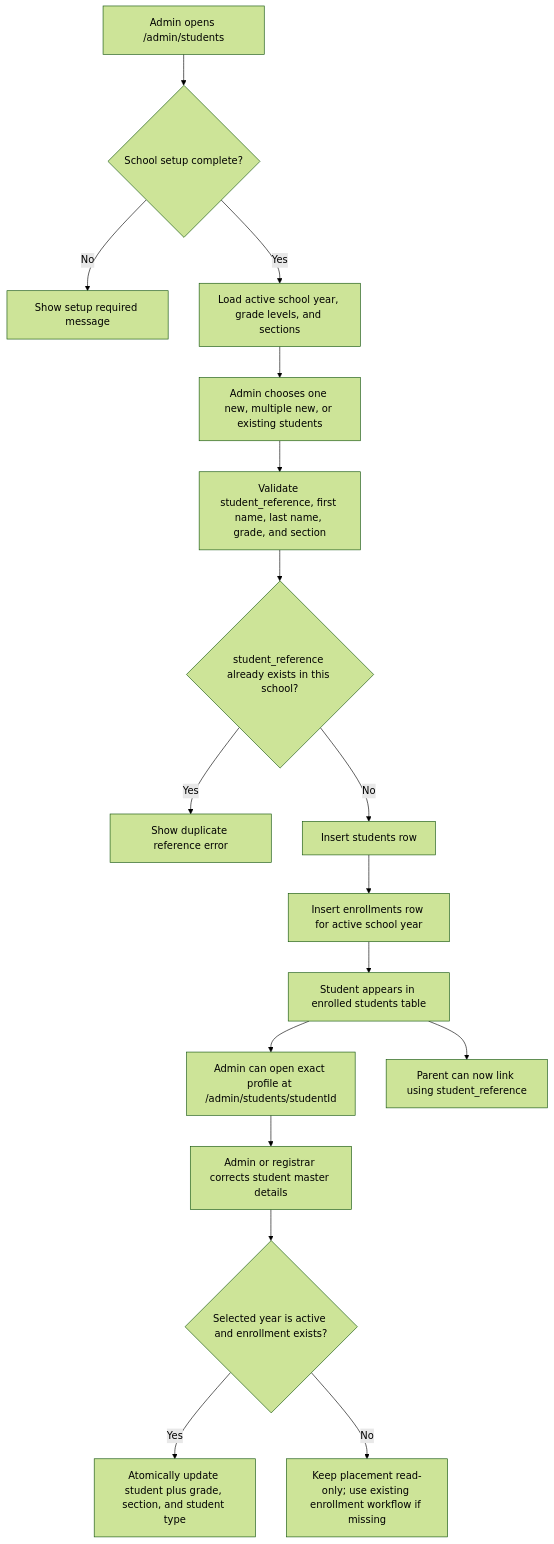
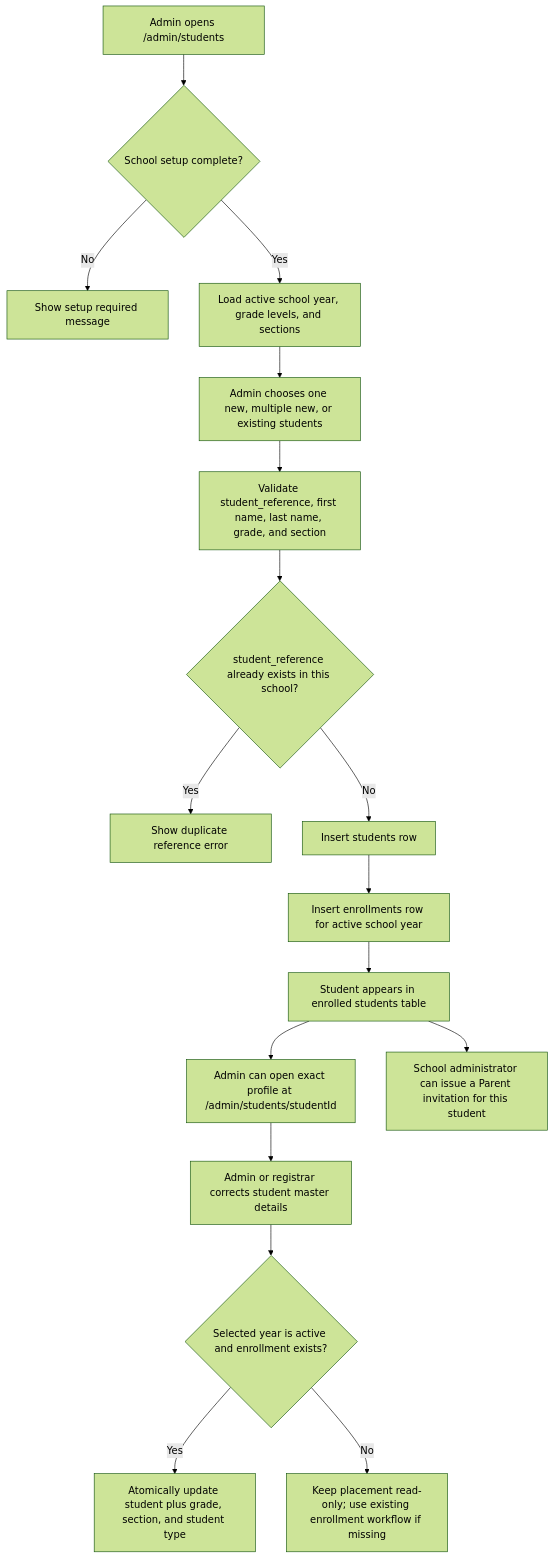
One commit to Xeyn19/xmetapay changed the ninth of 23 diagrams in docs/PROJECT_FLOWCHARTS.md. Above: the diagram before and after it, drawn with Mermaid (forest theme). The commit also changed other lines of this file and 40 other files, not shown here.

Commit message:
feat(parent): add invitation OTP claim flow

````diff
--- a/docs/PROJECT_FLOWCHARTS.md
+++ b/docs/PROJECT_FLOWCHARTS.md
@@ -341,19 +341,19 @@
 ```mermaid
 flowchart TD
   A["Admin opens /admin/students"] --> B{"School setup complete?"}
   B -->|No| C["Show setup required message"]
   B -->|Yes| D["Load active school year, grade levels, and sections"]
   D --> E["Admin chooses one new, multiple new, or existing students"]
   E --> F["Validate student_reference, first name, last name, grade, and section"]
   F --> G{"student_reference already exists in this school?"}
   G -->|Yes| H["Show duplicate reference error"]
   G -->|No| I["Insert students row"]
   I --> J["Insert enrollments row for active school year"]
   J --> K["Student appears in enrolled students table"]
   K --> L["Admin can open exact profile at /admin/students/studentId"]
-  K --> M["Parent can now link using student_reference"]
+  K --> M["School administrator can issue a Parent invitation for this student"]
   L --> N["Admin or registrar corrects student master details"]
   N --> O{"Selected year is active and enrollment exists?"}
   O -->|Yes| P["Atomically update student plus grade, section, and student type"]
   O -->|No| Q["Keep placement read-only; use existing enrollment workflow if missing"]
 ```
````
